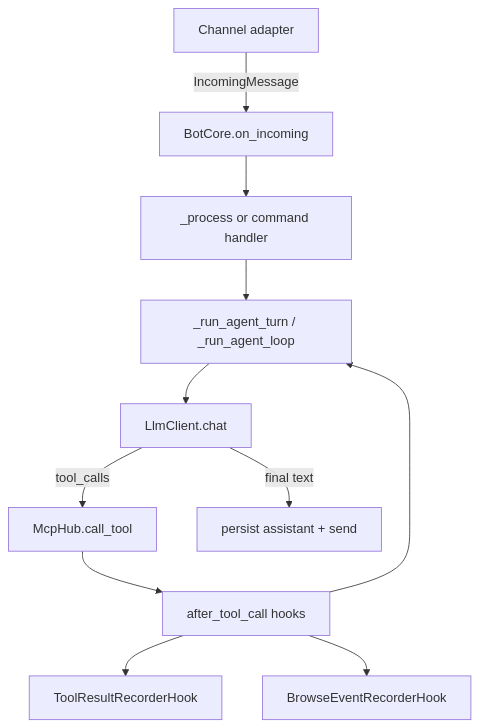
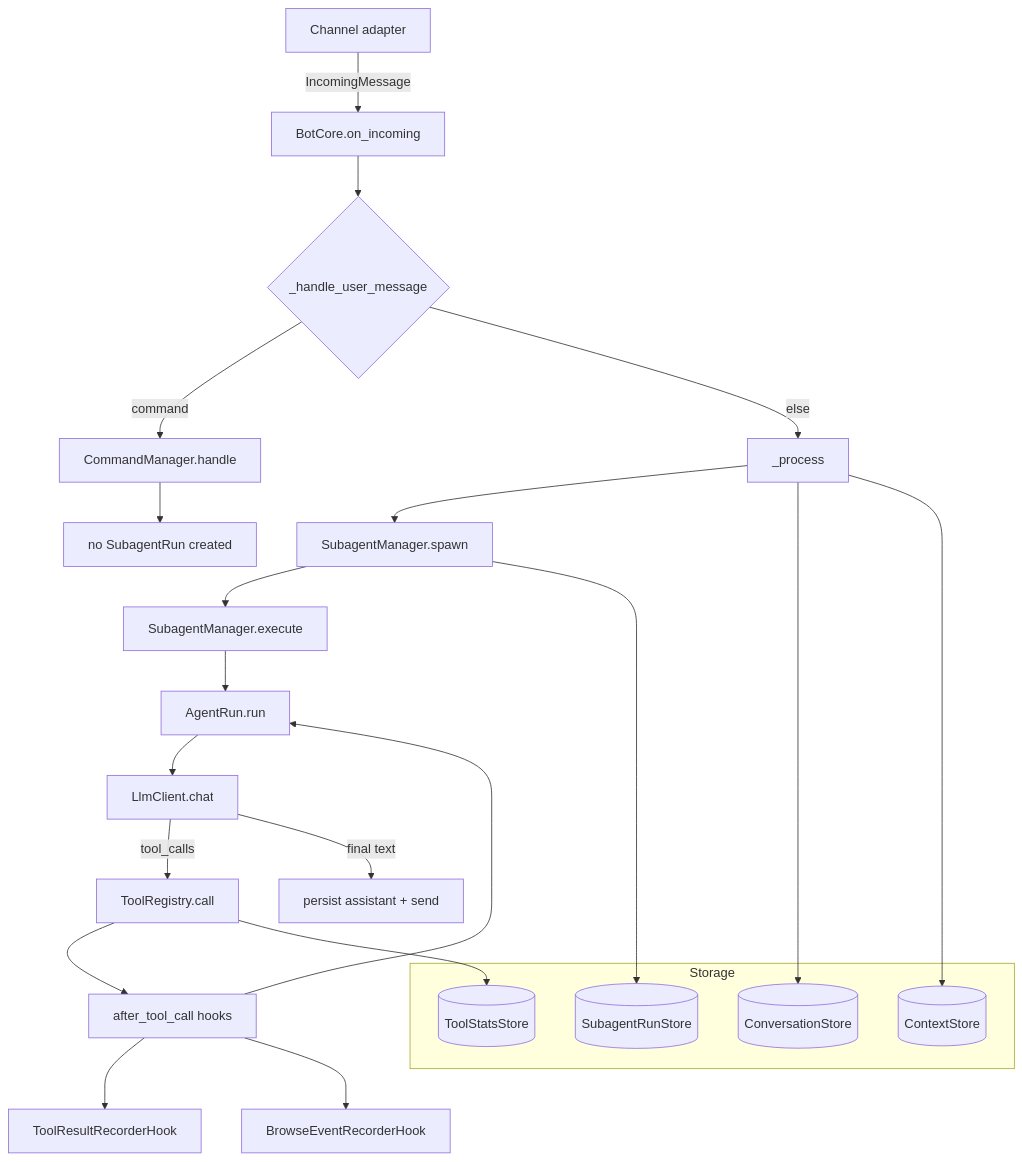
The second of 2 diagrams in ARCHITECTURE.md (peara/nanobot), drawn with Mermaid before and after one commit. The commit also changed other lines of this file and 2 other files, not shown here.

Commit message:
docs: update architecture for SubagentManager refactor
- Update ARCHITECTURE.md with new message flow diagram
- Document SubagentRunStore and ToolStatsStore relationships
- Add run_id link between tool_calls and subagent_runs
- Update README.md architecture section for new packages
- Update AGENTS.md structure and "Where to Look" table

````diff
--- a/ARCHITECTURE.md
+++ b/ARCHITECTURE.md
@@ -106,13 +106,31 @@
 ```mermaid
 flowchart TD
     A[Channel adapter] -->|IncomingMessage| B[BotCore.on_incoming]
-    B --> C[_process or command handler]
-    C --> D[_run_agent_turn / _run_agent_loop]
-    D --> E[LlmClient.chat]
-    E -->|tool_calls| F[McpHub.call_tool]
-    F --> G[after_tool_call hooks]
-    G --> G1[ToolResultRecorderHook]
-    G --> G2[BrowseEventRecorderHook]
-    G --> D
-    E -->|final text| H[persist assistant + send]
+    B --> C{_handle_user_message}
+    C -->|command| D[CommandManager.handle]
+    C -->|else| E[_process]
+    E --> F[SubagentManager.spawn]
+    F --> G[SubagentManager.execute]
+    G --> H[AgentRun.run]
+    H --> I[LlmClient.chat]
+    I -->|tool_calls| J[ToolRegistry.call]
+    J --> K[after_tool_call hooks]
+    K --> K1[ToolResultRecorderHook]
+    K --> K2[BrowseEventRecorderHook]
+    K --> H
+    I -->|final text| L[persist assistant + send]
+    
+    D --> M[no SubagentRun created]
+    
+    subgraph Storage
+        N[(SubagentRunStore)]
+        O[(ToolStatsStore)]
+        P[(ConversationStore)]
+        Q[(ContextStore)]
+    end
+    
+    F --> N
+    J --> O
+    E --> P
+    E --> Q
 ```
````
